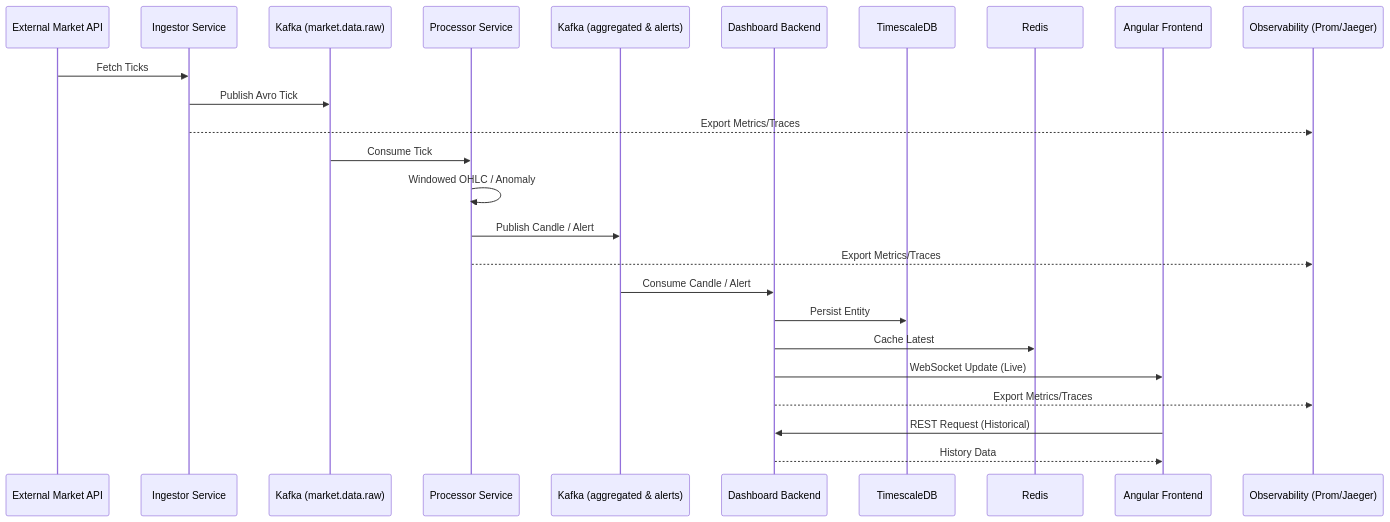
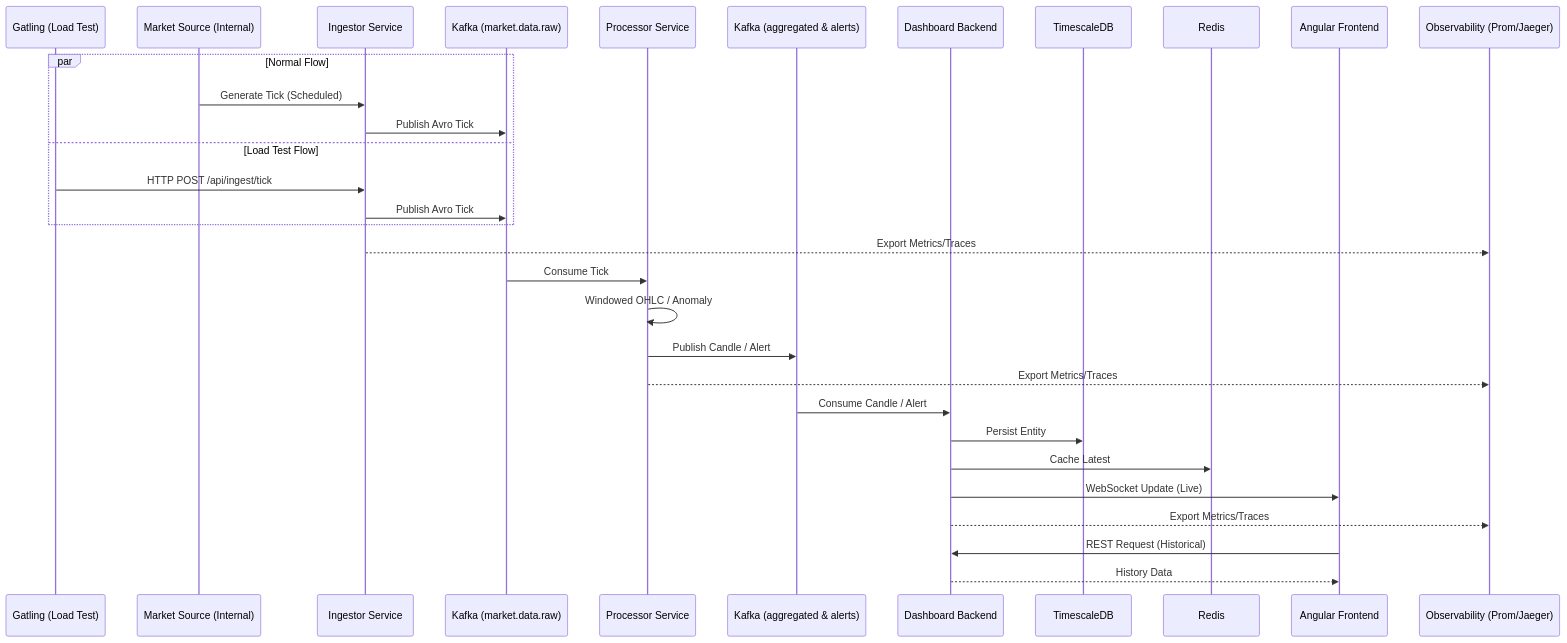
One commit to dawidbera/market-data-pipeline changed the second of 2 diagrams in README.md. Above: the diagram before and after it, drawn with Mermaid. The commit also changed other lines of this file and 3 other files, not shown here.

Commit message:
docs: update documentation and diagrams for load testing

````diff
--- a/README.md
+++ b/README.md
@@ -79,28 +79,35 @@
 ```mermaid
 sequenceDiagram
-    participant API as External Market API
+    participant GAT as Gatling (Load Test)
+    participant SRC as Market Source (Internal)
     participant IS as Ingestor Service
     participant K as Kafka (market.data.raw)
     participant PS as Processor Service
     participant KA as Kafka (aggregated & alerts)
     participant DS as Dashboard Backend
     participant DB as TimescaleDB
     participant R as Redis
     participant FE as Angular Frontend
     participant OBS as Observability (Prom/Jaeger)
 
-    API->>IS: Fetch Ticks
-    IS->>K: Publish Avro Tick
+    par Normal Flow
+        SRC->>IS: Generate Tick (Scheduled)
+        IS->>K: Publish Avro Tick
+    and Load Test Flow
+        GAT->>IS: HTTP POST /api/ingest/tick
+        IS->>K: Publish Avro Tick
+    end
+
     IS-->>OBS: Export Metrics/Traces
     K->>PS: Consume Tick
     PS->>PS: Windowed OHLC / Anomaly
     PS->>KA: Publish Candle / Alert
     PS-->>OBS: Export Metrics/Traces
     KA->>DS: Consume Candle / Alert
     DS->>DB: Persist Entity
     DS->>R: Cache Latest
     DS->>FE: WebSocket Update (Live)
     DS-->>OBS: Export Metrics/Traces
     FE->>DS: REST Request (Historical)
     DS-->>FE: History Data
 ```
````
